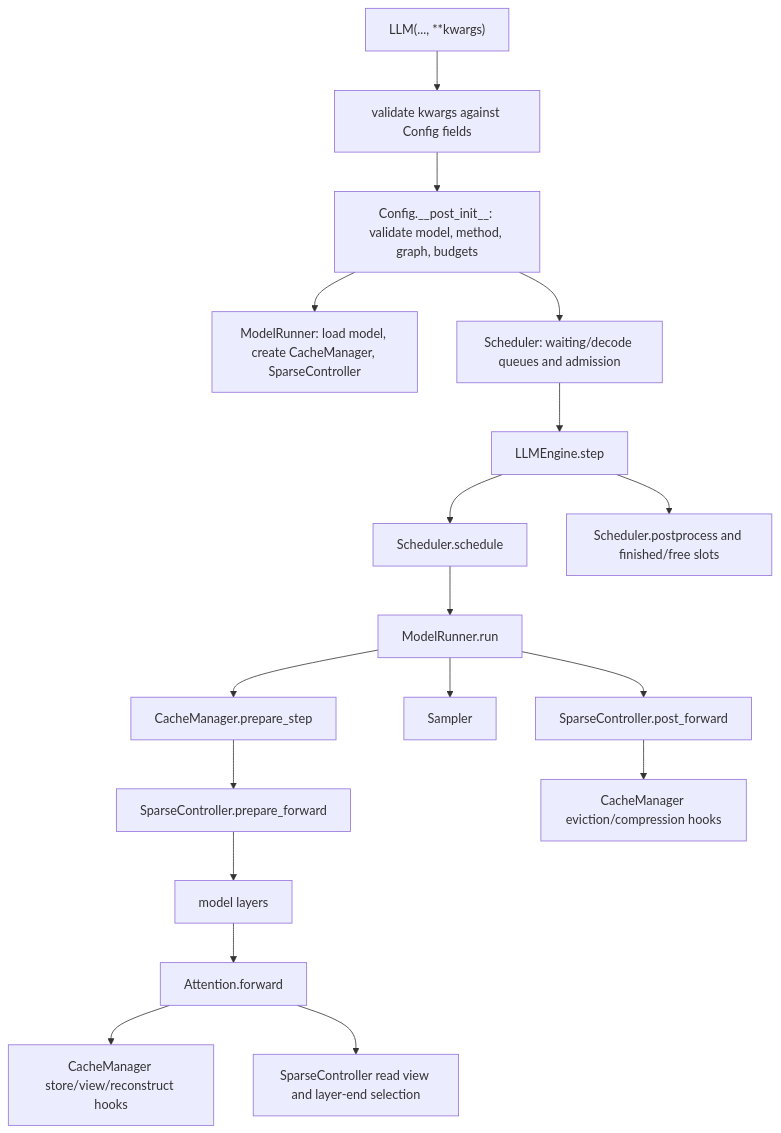
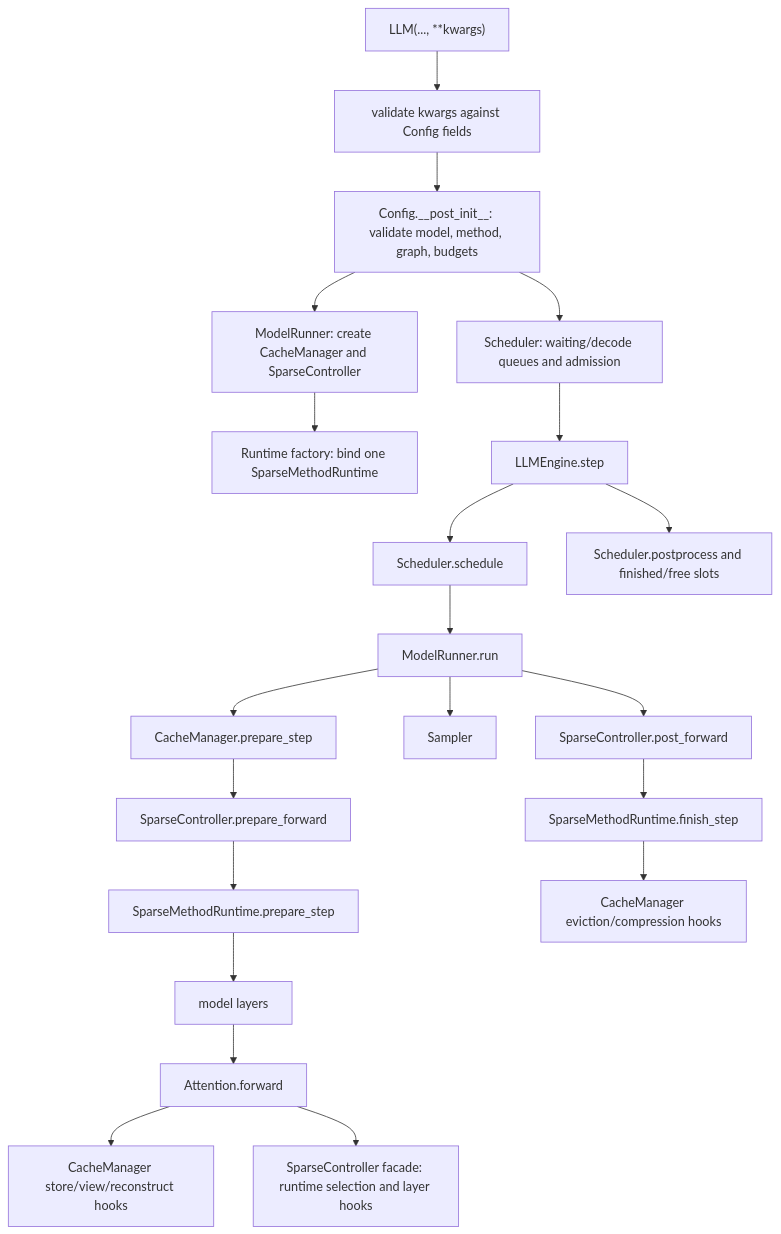
Before and after one commit to CURRENTF/Sparse-vLLM: the diagram in docs/en/design/control-map.md, drawn with Mermaid. The commit also changed other lines of this file and 16 other files, not shown here.

Commit message:
docs: document sparse method runtime architecture

````diff
--- a/docs/en/design/control-map.md
+++ b/docs/en/design/control-map.md
@@ -36,20 +37,23 @@
 ```mermaid
 flowchart TD
     A["LLM(..., **kwargs)"] --> B["validate kwargs against Config fields"]
     B --> C["Config.__post_init__: validate model, method, graph, budgets"]
-    C --> D["ModelRunner: load model, create CacheManager, SparseController"]
+    C --> D["ModelRunner: create CacheManager and SparseController"]
+    D --> DS["Runtime factory: bind one SparseMethodRuntime"]
     C --> E["Scheduler: waiting/decode queues and admission"]
     E --> F["LLMEngine.step"]
     F --> G["Scheduler.schedule"]
     G --> H["ModelRunner.run"]
     H --> I["CacheManager.prepare_step"]
     I --> J["SparseController.prepare_forward"]
-    J --> K["model layers"]
+    J --> JS["SparseMethodRuntime.prepare_step"]
+    JS --> K["model layers"]
     K --> L["Attention.forward"]
     L --> M["CacheManager store/view/reconstruct hooks"]
-    L --> N["SparseController read view and layer-end selection"]
+    L --> N["SparseController facade: runtime selection and layer hooks"]
     H --> O["Sampler"]
     H --> P["SparseController.post_forward"]
-    P --> Q["CacheManager eviction/compression hooks"]
+    P --> PS["SparseMethodRuntime.finish_step"]
+    PS --> Q["CacheManager eviction/compression hooks"]
     F --> R["Scheduler.postprocess and finished/free slots"]
 ```
````
